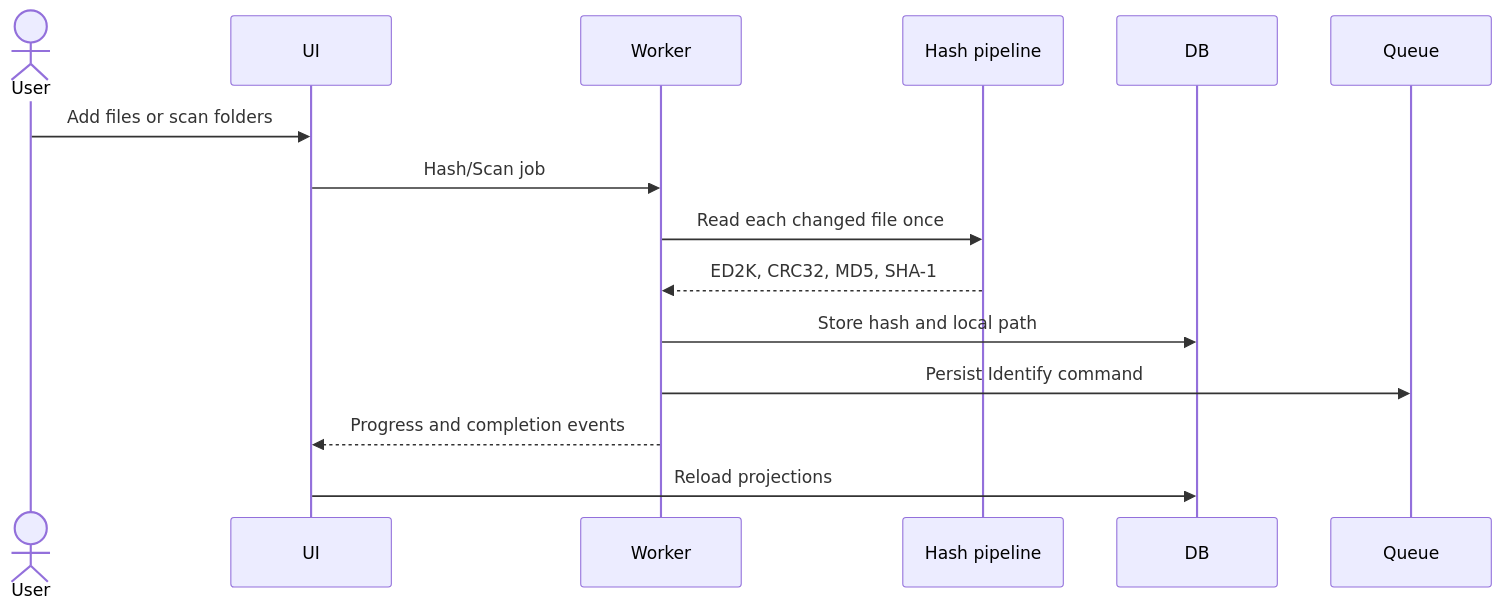
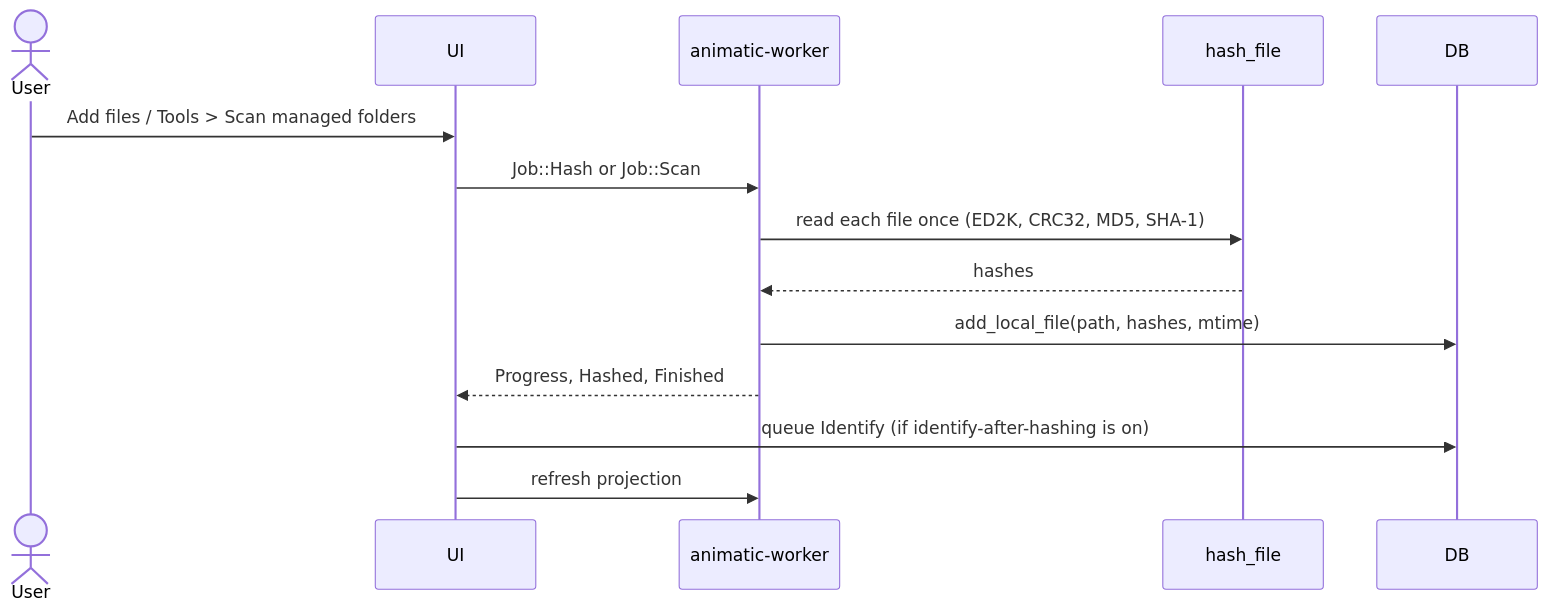
One commit to RetroHazard/animatic changed the second of 3 diagrams in docs/architecture.md. Above: the diagram before and after it, drawn with Mermaid. The commit also changed other lines of this file and 14 other files, not shown here.

````diff
--- a/docs/architecture.md
+++ b/docs/architecture.md
@@ -80,18 +102,16 @@
 ```mermaid
 sequenceDiagram
     actor User
     participant UI
-    participant Worker
-    participant Hash as Hash pipeline
+    participant Worker as animatic-worker
+    participant Hash as hash_file
     participant DB
-    participant Queue
-
-    User->>UI: Add files or scan folders
-    UI->>Worker: Hash/Scan job
-    Worker->>Hash: Read each changed file once
-    Hash-->>Worker: ED2K, CRC32, MD5, SHA-1
-    Worker->>DB: Store hash and local path
-    Worker->>Queue: Persist Identify command
-    Worker-->>UI: Progress and completion events
-    UI->>DB: Reload projections
+    User->>UI: Add files / Tools > Scan managed folders
+    UI->>Worker: Job::Hash or Job::Scan
+    Worker->>Hash: read each file once (ED2K, CRC32, MD5, SHA-1)
+    Hash-->>Worker: hashes
+    Worker->>DB: add_local_file(path, hashes, mtime)
+    Worker-->>UI: Progress, Hashed, Finished
+    UI->>DB: queue Identify (if identify-after-hashing is on)
+    UI->>Worker: refresh projection
 ```
````
